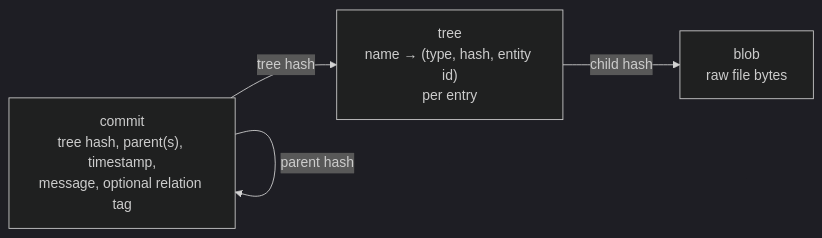
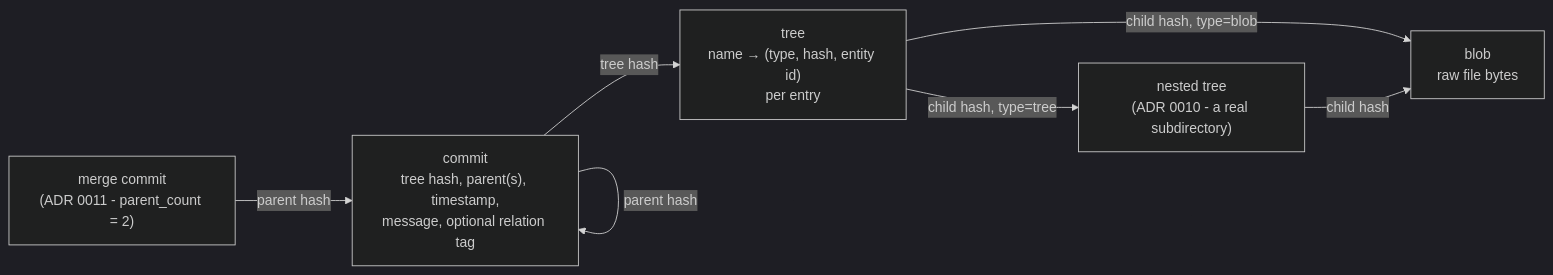
Before and after one commit to VectorSophie/hgit: the second of 3 diagrams in docs/ARCHITECTURE.md, drawn with Mermaid (dark theme). The commit also changed other lines of this file and 10 other files, not shown here.

First line of the commit message:
docs: bring FORMAT.md's stale merge/nested-tree notes up to date

````diff
--- a/docs/ARCHITECTURE.md
+++ b/docs/ARCHITECTURE.md
@@ -54,9 +58,14 @@
 ```mermaid
 flowchart LR
     Commit["commit<br/>tree hash, parent(s), timestamp,<br/>message, optional relation tag"]
     Tree["tree<br/>name → (type, hash, entity id)<br/>per entry"]
+    SubTree["nested tree<br/>(ADR 0010 - a real subdirectory)"]
     Blob["blob<br/>raw file bytes"]
+    MergeCommit["merge commit<br/>(ADR 0011 - parent_count = 2)"]
     Commit -->|tree hash| Tree
-    Tree -->|child hash| Blob
+    Tree -->|child hash, type=blob| Blob
+    Tree -->|child hash, type=tree| SubTree
+    SubTree -->|child hash| Blob
     Commit -->|parent hash| Commit
+    MergeCommit -->|parent hash| Commit
 ```
````
